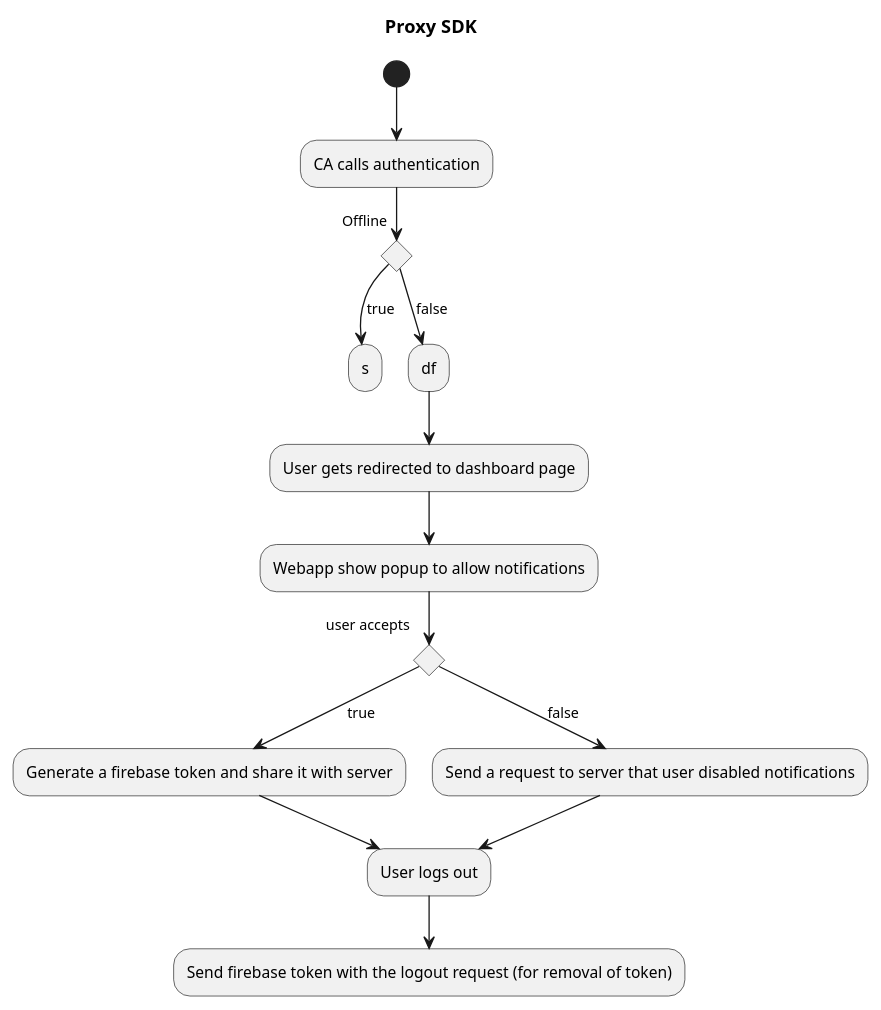
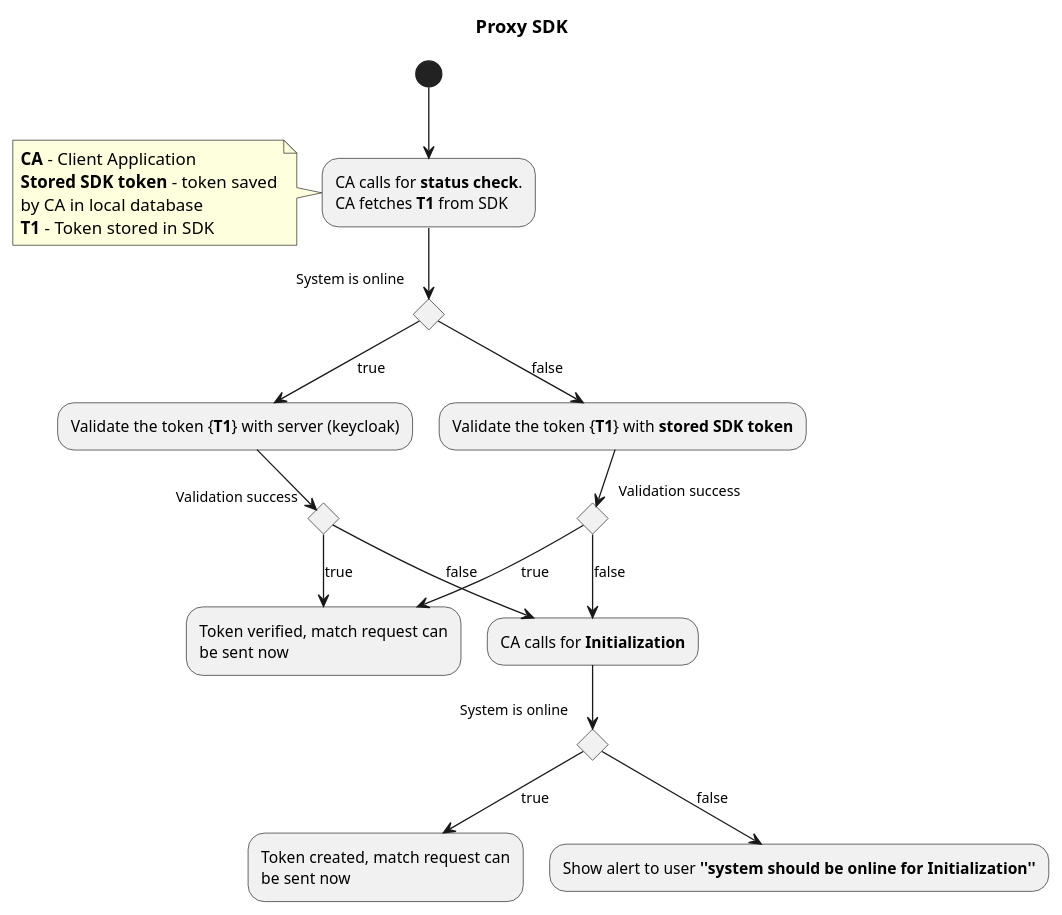
Before and after one commit to ankitvaishnav/mosip-mock-services: the diagram in docs/mockSDK/flow.puml, drawn with PlantUML. The commit also changed 2 other files, not shown here.

Commit message:
flow diagram

```diff
--- a/docs/mockSDK/flow.puml
+++ b/docs/mockSDK/flow.puml
@@ -1,21 +1,35 @@
 @startuml
 title Proxy SDK
 
-(*) --> "CA calls authentication"
-If "Offline" then
---> [true] "s"
+(*) --> "CA calls for **status check**.\nCA fetches **T1** from SDK"
+note left
+**CA** - Client Application
+**Stored SDK token** - token saved
+by CA in local database
+**T1** - Token stored in SDK
+end note
+If "System is online" then
+--> [true] "Validate the token {**T1**} with server (keycloak)"
+    If "Validation success" then
+    --> [true] "Token verified, match request can\nbe sent now"
+    else
+    --> [false] "CA calls for **Initialization**"
+    endif
 else
---> [false] "df"
+--> [false] "Validate the token {**T1**} with **stored SDK token**"
 
+If "Validation success" then
+--> [true] "Token verified, match request can\nbe sent now"
+else
+--> [false] "CA calls for **Initialization**"
+endif
 
---> "User gets redirected to dashboard page"
---> "Webapp show popup to allow notifications"
-If "user accepts" then
-    --> [true] "Generate a firebase token and share it with server"
-    --> "User logs out"
+If "System is online" then
+--> [true] "Token created, match request can\nbe sent now"
 else
-    --> [false] "Send a request to server that user disabled notifications"
-    --> "User logs out"
-    --> "Send firebase token with the logout request (for removal of token)"
+--> [false] "Show alert to user **''system should be online for Initialization''**"
+endif
+
+endif
 
 @enduml
```
